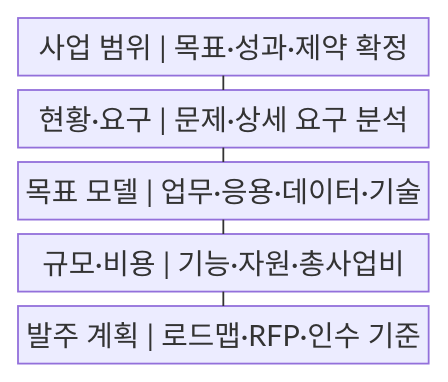
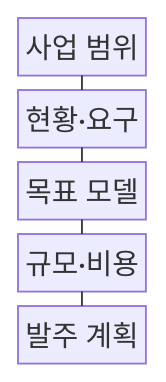
The first of 2 diagrams in src/content/docs/notes/03-software/187_ismp.md (agnusdei1207/knowledge-base), drawn with Mermaid before and after one commit. The commit also changed other lines of this file and 238 other files, not shown here.

````diff
--- a/src/content/docs/notes/03-software/187_ismp.md
+++ b/src/content/docs/notes/03-software/187_ismp.md
@@ -49,13 +49,13 @@
 ```mermaid
-block
+block-beta
     columns 1
-    A["사업 범위 | 목표·성과·제약 확정"]
-    B["현황·요구 | 문제·상세 요구 분석"]
-    C["목표 모델 | 업무·응용·데이터·기술"]
-    D["규모·비용 | 기능·자원·총사업비"]
-    E["발주 계획 | 로드맵·RFP·인수 기준"]
+    A["사업 범위"]
+    B["현황·요구"]
+    C["목표 모델"]
+    D["규모·비용"]
+    E["발주 계획"]
     A --- B
     B --- C
     C --- D
     D --- E
 ```
````
